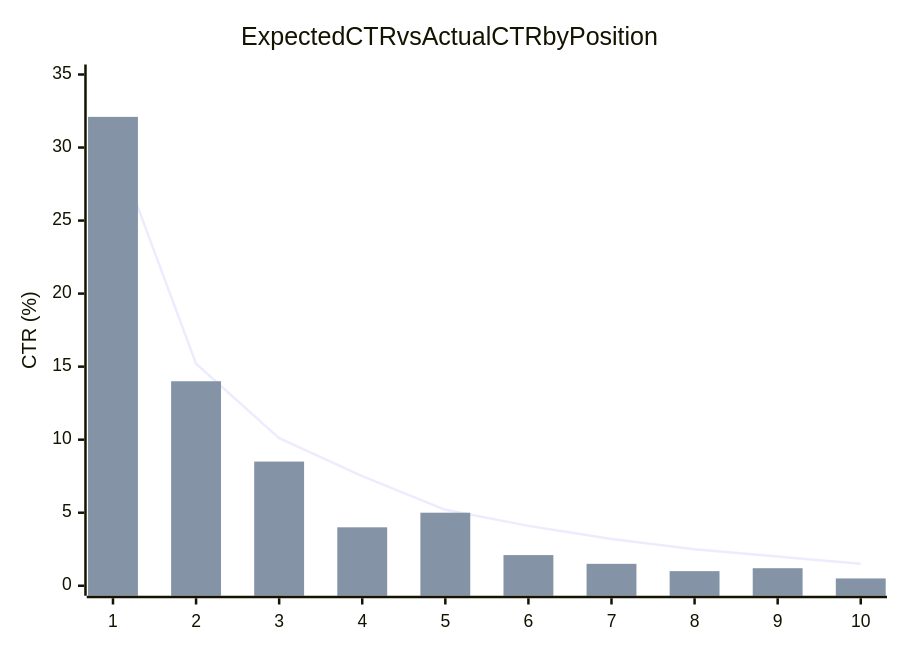
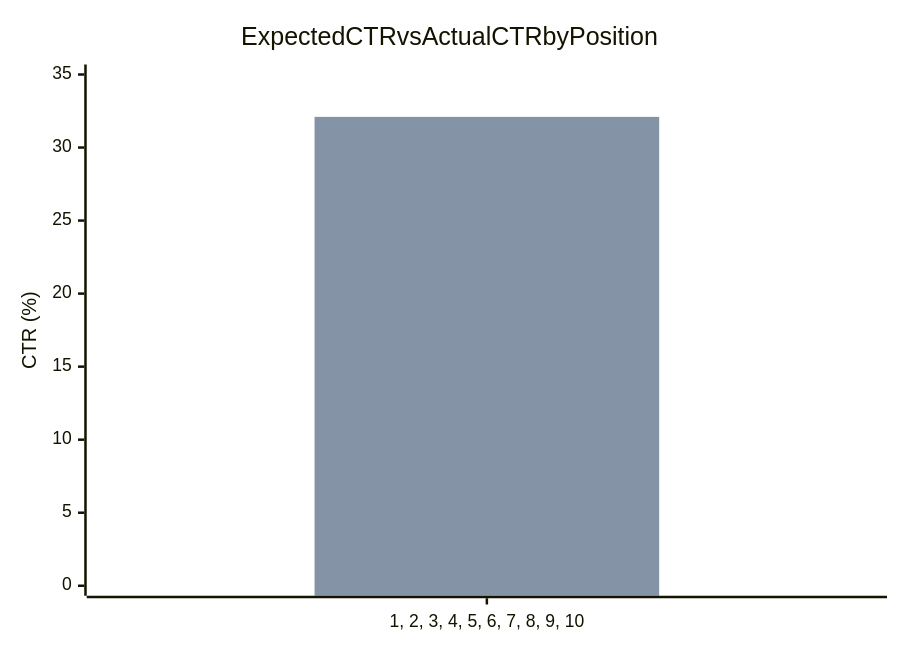
Before and after one commit to kenjinote/blog: the first of 2 diagrams in content/post/gsc_rewrite/index.ar.md, drawn with Mermaid. The commit also changed 573 other files, not shown here.

Commit message:
fix: Resolve Mermaid syntax errors caused by nested double quotes in node names

````diff
--- a/content/post/gsc_rewrite/index.ar.md
+++ b/content/post/gsc_rewrite/index.ar.md
@@ -39,8 +39,8 @@
 ```mermaid
 xychart-beta
     title Expected CTR vs Actual CTR by Position
-    x-axis ["1", "2", "3", "4", "5", "6", "7", "8", "9", "10"]
+    x-axis ["1, 2, 3, 4, 5, 6, 7, 8, 9, 10"]
     y-axis "CTR (%)" 0 --> 35
     line [30.5, 15.2, 10.1, 7.5, 5.2, 4.1, 3.2, 2.5, 2.0, 1.5]
     bar [32.1, 14.0, 8.5, 4.0, 5.0, 2.1, 1.5, 1.0, 1.2, 0.5]
 ```
````
